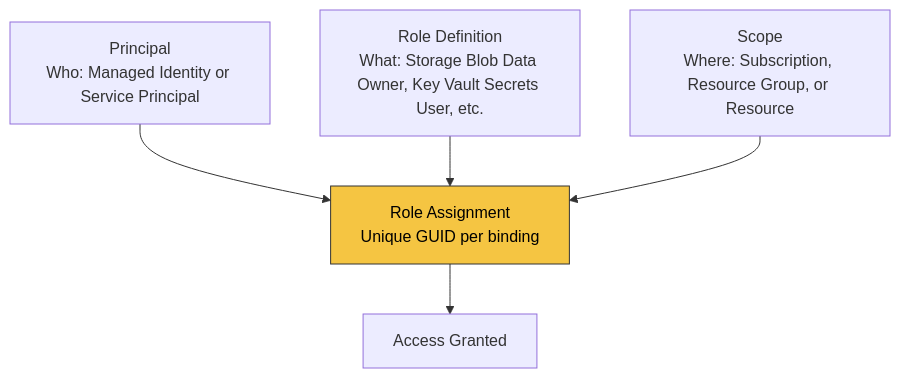
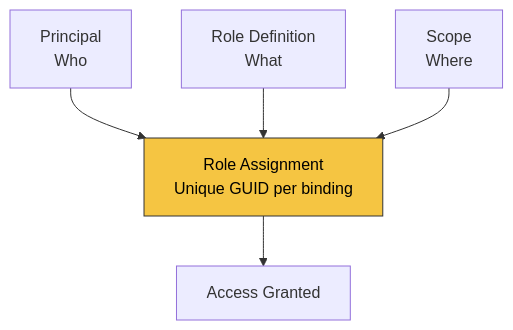
One commit to yeongseon/azure-functions-practical-guide changed the second of 2 diagrams in docs/language-guides/dotnet/recipes/managed-identity.md. Above: the diagram before and after it, drawn with Mermaid. The commit also changed other lines of this file and 4 other files, not shown here.

First line of the commit message:
docs(diagrams): improve dotnet recipe identity and middleware figures (#470)

````diff
--- a/docs/language-guides/dotnet/recipes/managed-identity.md
+++ b/docs/language-guides/dotnet/recipes/managed-identity.md
@@ -42,9 +46,11 @@
 ```mermaid
 flowchart TD
-    P[Principal<br/>Who: Managed Identity or Service Principal] --> RA[Role Assignment<br/>Unique GUID per binding]
-    RD[Role Definition<br/>What: Storage Blob Data Owner, Key Vault Secrets User, etc.] --> RA
-    S[Scope<br/>Where: Subscription, Resource Group, or Resource] --> RA
+    accTitle: Azure RBAC role assignment components
+    accDescr: A principal, role definition and scope define a GUID-named role assignment. Access Granted summarizes assigned permissions, not immediate successful service access or completed permission propagation.
+    P[Principal<br/>Who] --> RA[Role Assignment<br/>Unique GUID per binding]
+    RD[Role Definition<br/>What] --> RA
+    S[Scope<br/>Where] --> RA
     RA --> ACCESS[Access Granted]
 
     style RA fill:#f5c542,stroke:#333,color:#000
 ```
````
